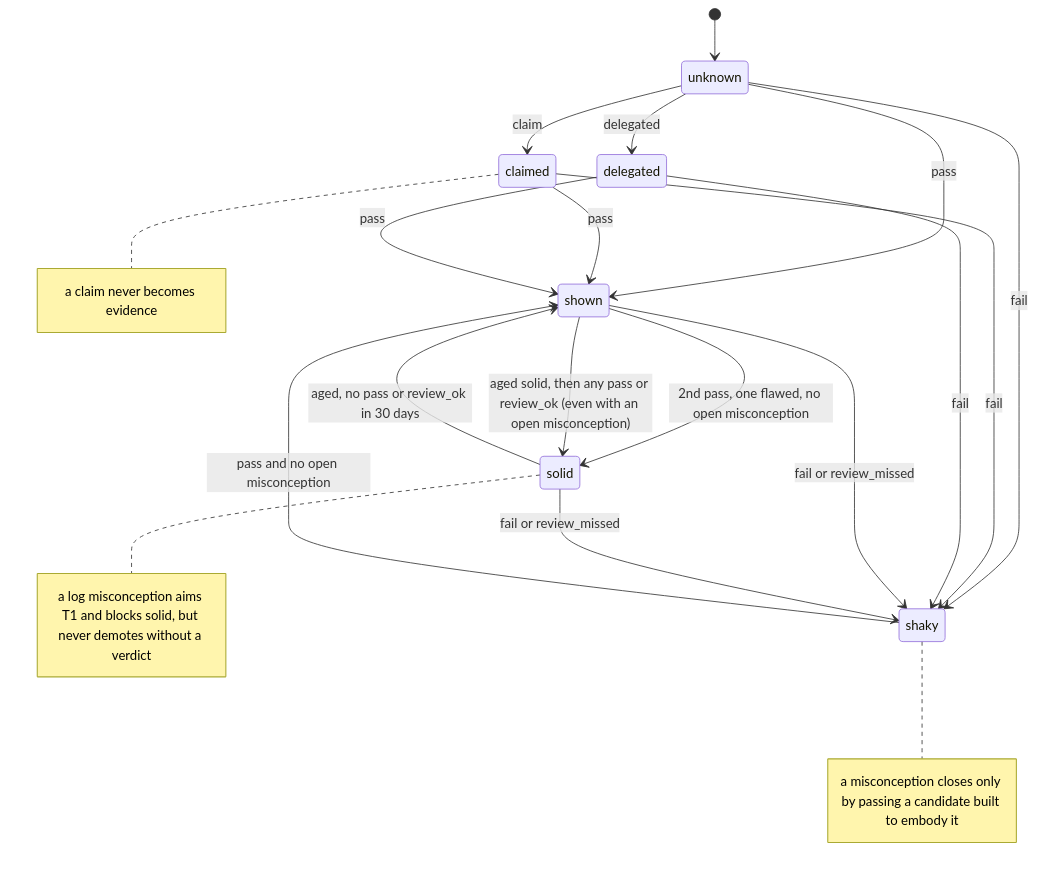
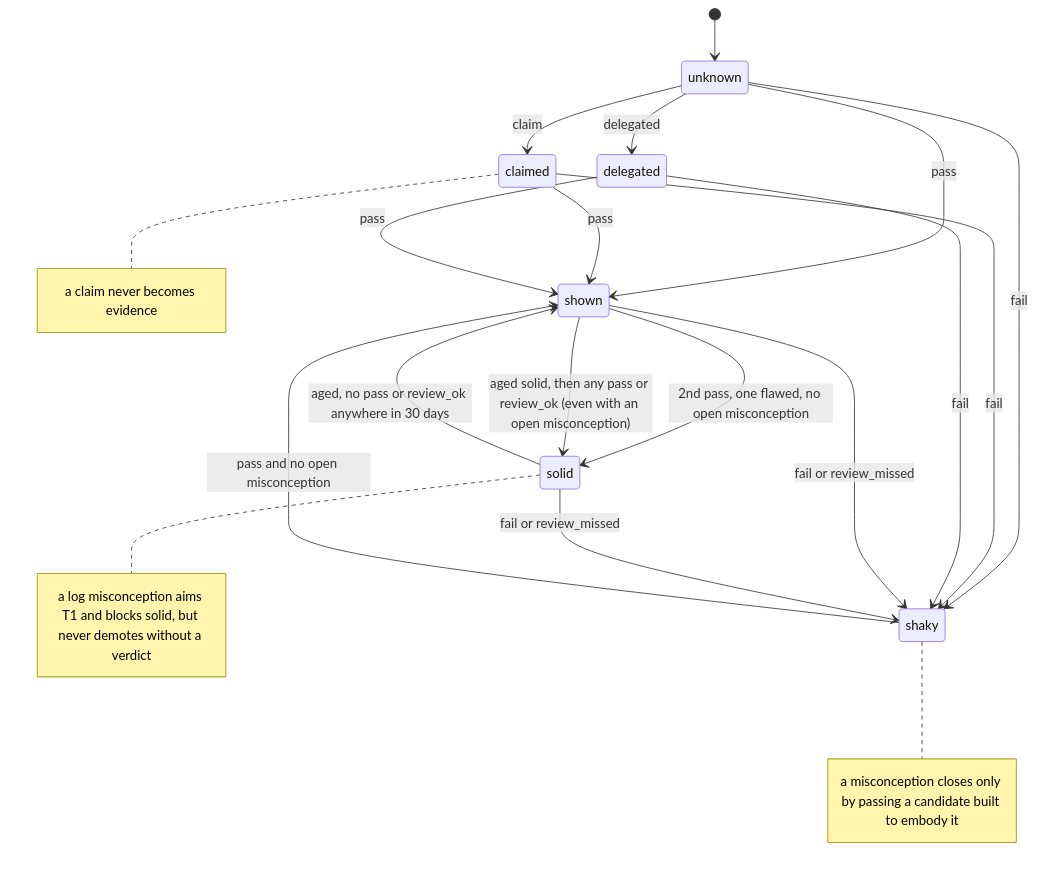
One commit to lprsrts/pathfinder changed the fourth of 13 diagrams in docs/theory.md. Above: the diagram before and after it, drawn with Mermaid. The commit also changed other lines of this file and 1 other file, not shown here.

````diff
--- a/docs/theory.md
+++ b/docs/theory.md
@@ -372,21 +386,21 @@
 ```mermaid
 stateDiagram-v2
     [*] --> unknown
     unknown --> claimed: claim
     unknown --> delegated: delegated
     unknown --> shown: pass
     unknown --> shaky: fail
     claimed --> shown: pass
     claimed --> shaky: fail
     delegated --> shown: pass
     delegated --> shaky: fail
     shaky --> shown: pass and no open misconception
     shown --> solid: 2nd pass, one flawed, no open misconception
     shown --> shaky: fail or review_missed
-    solid --> shown: aged, no pass or review_ok in 30 days
+    solid --> shown: aged, no pass or review_ok anywhere in 30 days
     shown --> solid: aged solid, then any pass or review_ok (even with an open misconception)
     solid --> shaky: fail or review_missed
     note right of claimed: a claim never becomes evidence
     note right of shaky: a misconception closes only by passing a candidate built to embody it
     note right of solid: a log misconception aims T1 and blocks solid, but never demotes without a verdict
 ```
````
